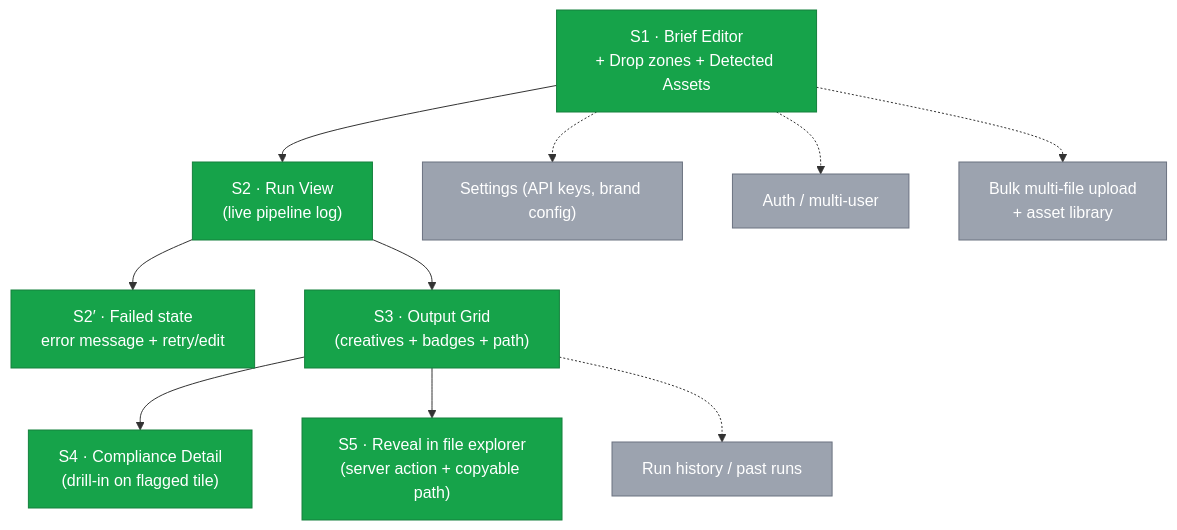
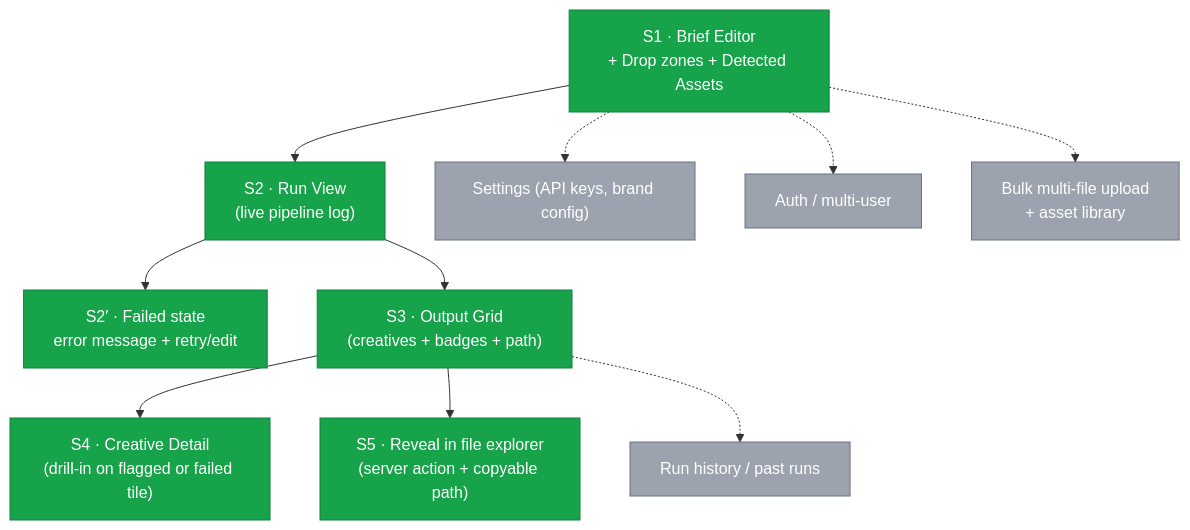
The fifth of 6 diagrams in docs/flow-diagrams.md (arndvs/cast), drawn with Mermaid before and after one commit. The commit also changed other lines of this file and 2 other files, not shown here.

First line of the commit message:
docs: rename S4 to Creative Detail and close S3 Engage/Invite parity

````diff
--- a/docs/flow-diagrams.md
+++ b/docs/flow-diagrams.md
@@ -146,26 +146,26 @@
 ```mermaid
 flowchart TB
     classDef mvp fill:#16a34a,stroke:#15803d,color:#fff
     classDef later fill:#9ca3af,stroke:#6b7280,color:#fff
 
     S1["S1 · Brief Editor<br/>+ Drop zones + Detected Assets"]:::mvp
     S2["S2 · Run View<br/>(live pipeline log)"]:::mvp
     S2Err["S2′ · Failed state<br/>error message + retry/edit"]:::mvp
     S3["S3 · Output Grid<br/>(creatives + badges + path)"]:::mvp
-    S4["S4 · Compliance Detail<br/>(drill-in on flagged tile)"]:::mvp
+    S4["S4 · Creative Detail<br/>(drill-in on flagged or failed tile)"]:::mvp
     S5["S5 · Reveal in file explorer<br/>(server action + copyable path)"]:::mvp
 
     History["Run history / past runs"]:::later
     Settings["Settings (API keys, brand config)"]:::later
     Auth["Auth / multi-user"]:::later
     MultiUpload["Bulk multi-file upload<br/>+ asset library"]:::later
 
     S1 --> S2 --> S3
     S2 --> S2Err
     S3 --> S4
     S3 --> S5
     S3 -.-> History
     S1 -.-> Settings
     S1 -.-> Auth
     S1 -.-> MultiUpload
 ```
````
